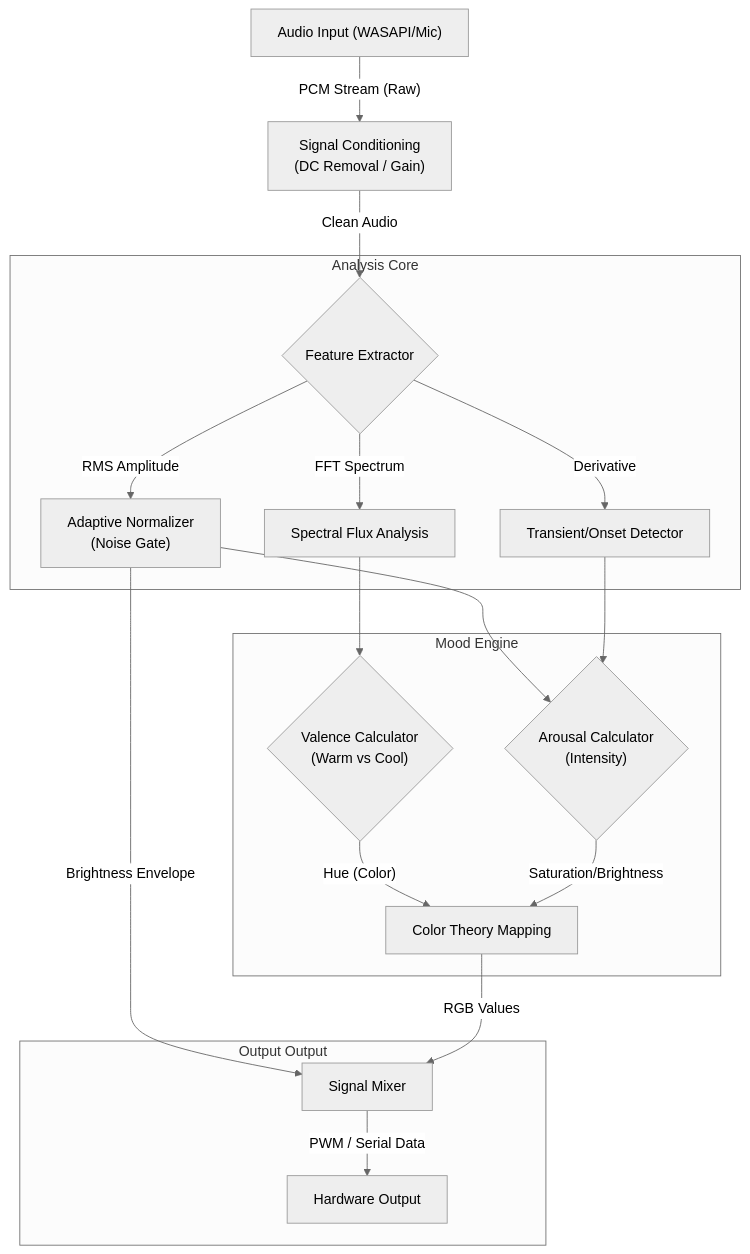
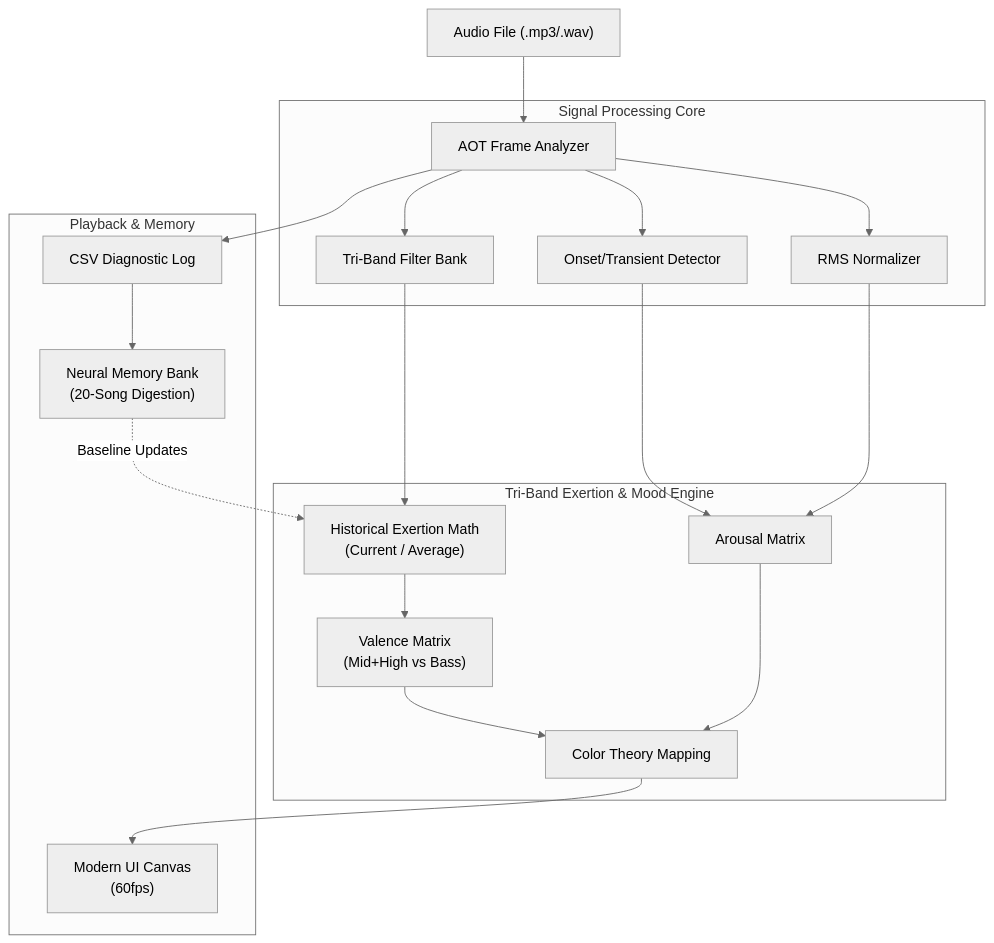
The diagram in README.md (CanYuzbey/music-reactive-lighting), drawn with Mermaid (neutral theme) before and after one commit. The commit also changed other lines of this file and 6 other files, not shown here.

Commit message:
feat: Desktop Player UI, Tri-Band Affective Mapping, and Neural Memory Bank

````diff
--- a/README.md
+++ b/README.md
@@ -20,26 +34,27 @@
 ```mermaid
 graph TD
-    AudioInput["Audio Input (WASAPI/Mic)"] -->|"PCM Stream (Raw)"| PreProcess["Signal Conditioning<br/>(DC Removal / Gain)"]
-    PreProcess -->|"Clean Audio"| Splitter{"Feature Extractor"}
+    AudioFile["Audio File (.mp3/.wav)"] --> AOTAnalyzer["AOT Frame Analyzer"]
     
-    subgraph Analysis Core
-        Splitter -->|"RMS Amplitude"| Loudness["Adaptive Normalizer<br/>(Noise Gate)"]
-        Splitter -->|"FFT Spectrum"| Spectrum["Spectral Flux Analysis"]
-        Splitter -->|"Derivative"| Onset["Transient/Onset Detector"]
+    subgraph Signal Processing Core
+        AOTAnalyzer --> BandSplit["Tri-Band Filter Bank"]
+        AOTAnalyzer --> Transients["Onset/Transient Detector"]
+        AOTAnalyzer --> Loudness["RMS Normalizer"]
     end
     
-    subgraph Mood Engine
-        Spectrum --> ValenceCalc{"Valence Calculator<br/>(Warm vs Cool)"}
-        Loudness --> ArousalCalc{"Arousal Calculator<br/>(Intensity)"}
-        Onset --> ArousalCalc
+    subgraph Tri-Band Exertion & Mood Engine
+        BandSplit --> Exertion["Historical Exertion Math<br/>(Current / Average)"]
+        Exertion --> Valence["Valence Matrix<br/>(Mid+High vs Bass)"]
+        Transients --> Arousal["Arousal Matrix"]
+        Loudness --> Arousal
         
-        ValenceCalc -->|"Hue (Color)"| ColorMap["Color Theory Mapping"]
-        ArousalCalc -->|"Saturation/Brightness"| ColorMap
+        Valence --> Color["Color Theory Mapping"]
+        Arousal --> Color
     end
     
-    subgraph Output Output
-        Loudness -->|"Brightness Envelope"| Mixer["Signal Mixer"]
-        ColorMap -->|"RGB Values"| Mixer
-        Mixer -->|"PWM / Serial Data"| LED["Hardware Output"]
+    subgraph Playback & Memory
+        Color --> PlayerUI["Modern UI Canvas<br/>(60fps)"]
+        AOTAnalyzer --> LogDump["CSV Diagnostic Log"]
+        LogDump --> MemoryBank["Neural Memory Bank<br/>(20-Song Digestion)"]
+        MemoryBank -.->|"Baseline Updates"| Exertion
     end
 ```
````
